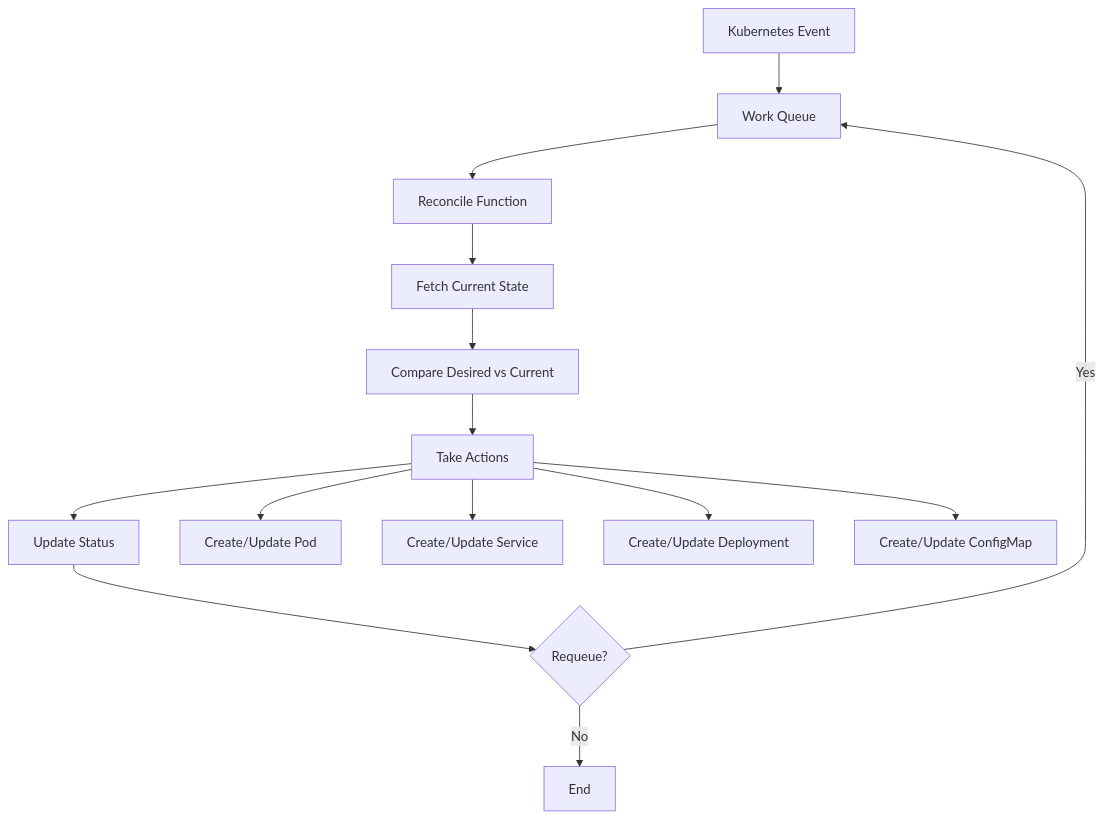
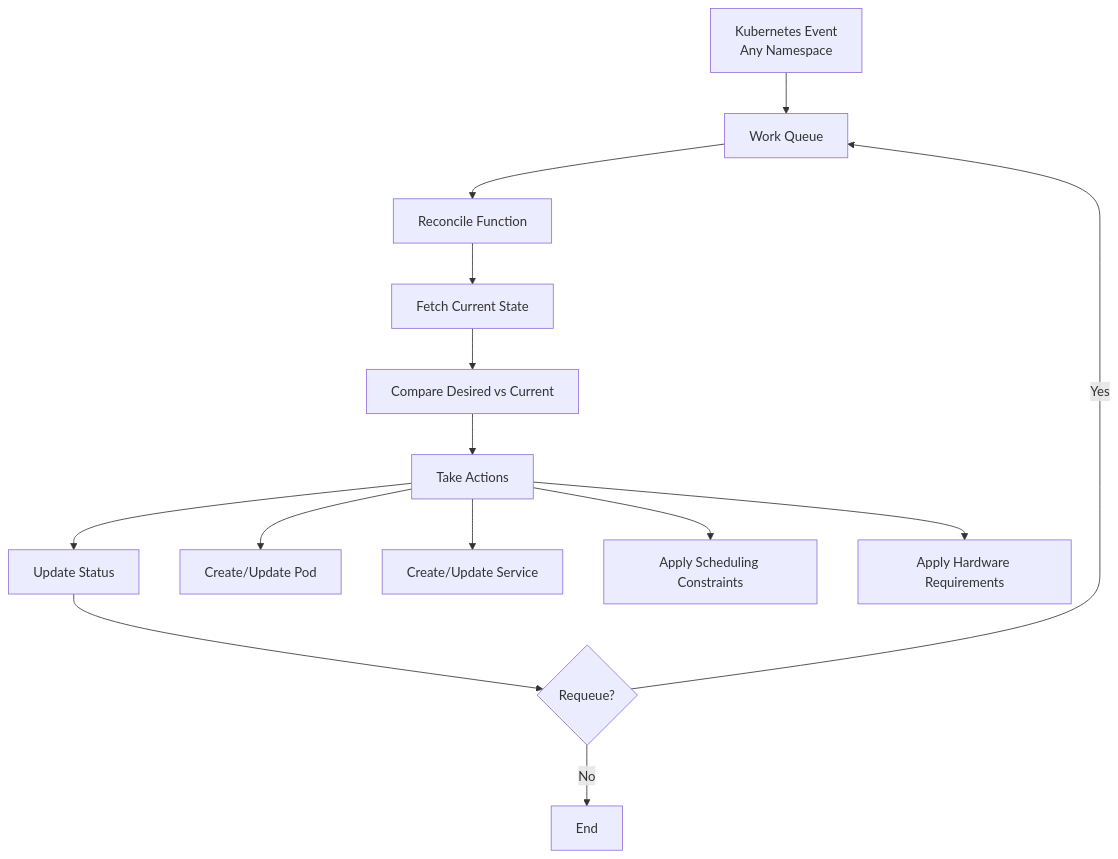
The second of 4 diagrams in hourglass-operator/docs/operator/controller-architecture.md (Layr-Labs/hourglass-monorepo), drawn with Mermaid before and after one commit. The commit also changed other lines of this file and 4 other files, not shown here.

Commit message:
refactored and updated architecture

````diff
--- a/hourglass-operator/docs/operator/controller-architecture.md
+++ b/hourglass-operator/docs/operator/controller-architecture.md
@@ -16,17 +60,17 @@
 ```mermaid
 graph TB
-    Event[Kubernetes Event] --> Queue[Work Queue]
+    Event[Kubernetes Event<br/>Any Namespace] --> Queue[Work Queue]
     Queue --> Reconcile[Reconcile Function]
     Reconcile --> Fetch[Fetch Current State]
     Fetch --> Compare[Compare Desired vs Current]
     Compare --> Actions[Take Actions]
     Actions --> Update[Update Status]
     Update --> Requeue{Requeue?}
     Requeue -->|Yes| Queue
     Requeue -->|No| End[End]
     
     Actions --> CreatePod[Create/Update Pod]
     Actions --> CreateService[Create/Update Service]
-    Actions --> CreateDeployment[Create/Update Deployment]
-    Actions --> CreateConfigMap[Create/Update ConfigMap]
+    Actions --> ApplyScheduling[Apply Scheduling Constraints]
+    Actions --> ApplyHardware[Apply Hardware Requirements]
 ```
````
